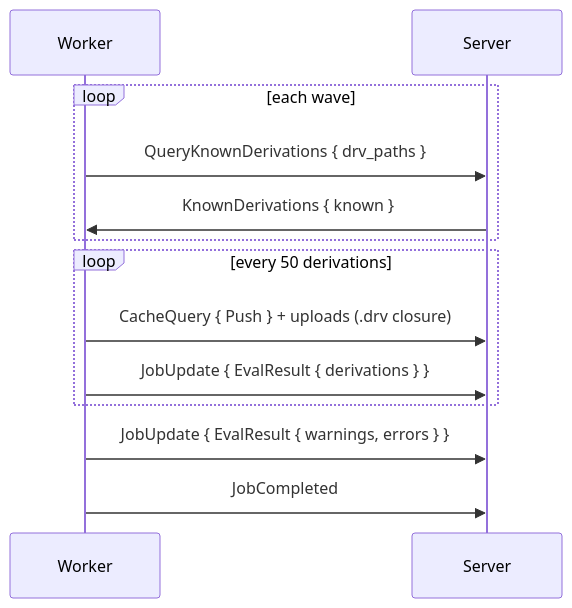
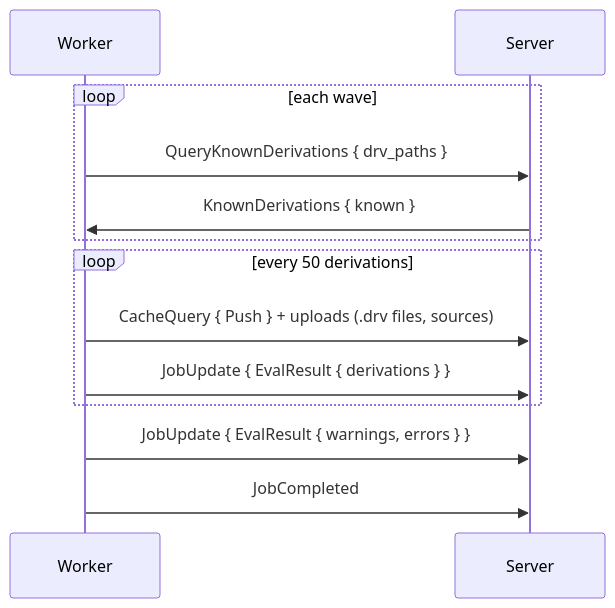
Before and after one commit to wavelens/gradient: the diagram in docs/src/contributors/proto/jobs.md, drawn with Mermaid. The commit also changed other lines of this file and 8 other files, not shown here.

Commit message:
gradient-worker: perf: push each batch's .drv files and sources instead of the first batch's whole closure

````diff
--- a/docs/src/contributors/proto/jobs.md
+++ b/docs/src/contributors/proto/jobs.md
@@ -31,15 +31,15 @@
 ```mermaid
 sequenceDiagram
     participant W as Worker
     participant S as Server
     loop each wave
         W->>S: QueryKnownDerivations { drv_paths }
         S->>W: KnownDerivations { known }
     end
     loop every 50 derivations
-        W->>S: CacheQuery { Push } + uploads (.drv closure)
+        W->>S: CacheQuery { Push } + uploads (.drv files, sources)
         W->>S: JobUpdate { EvalResult { derivations } }
     end
     W->>S: JobUpdate { EvalResult { warnings, errors } }
     W->>S: JobCompleted
 ```
````
